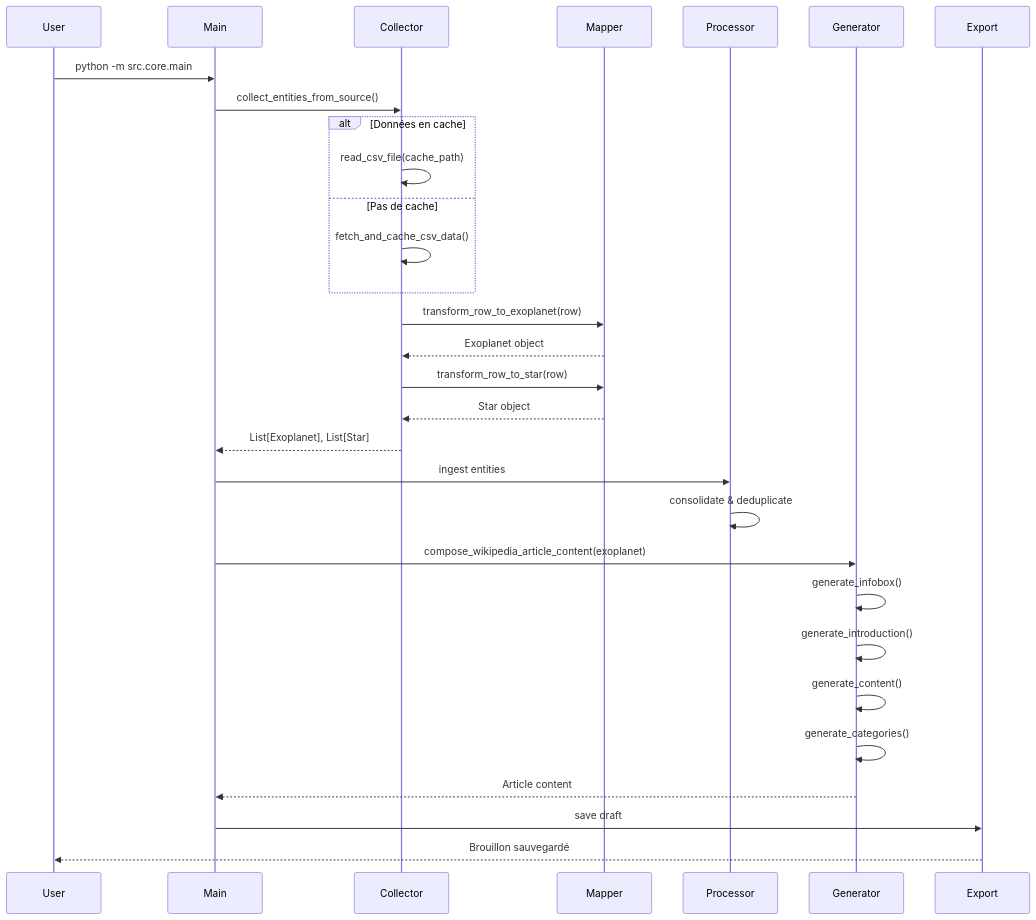
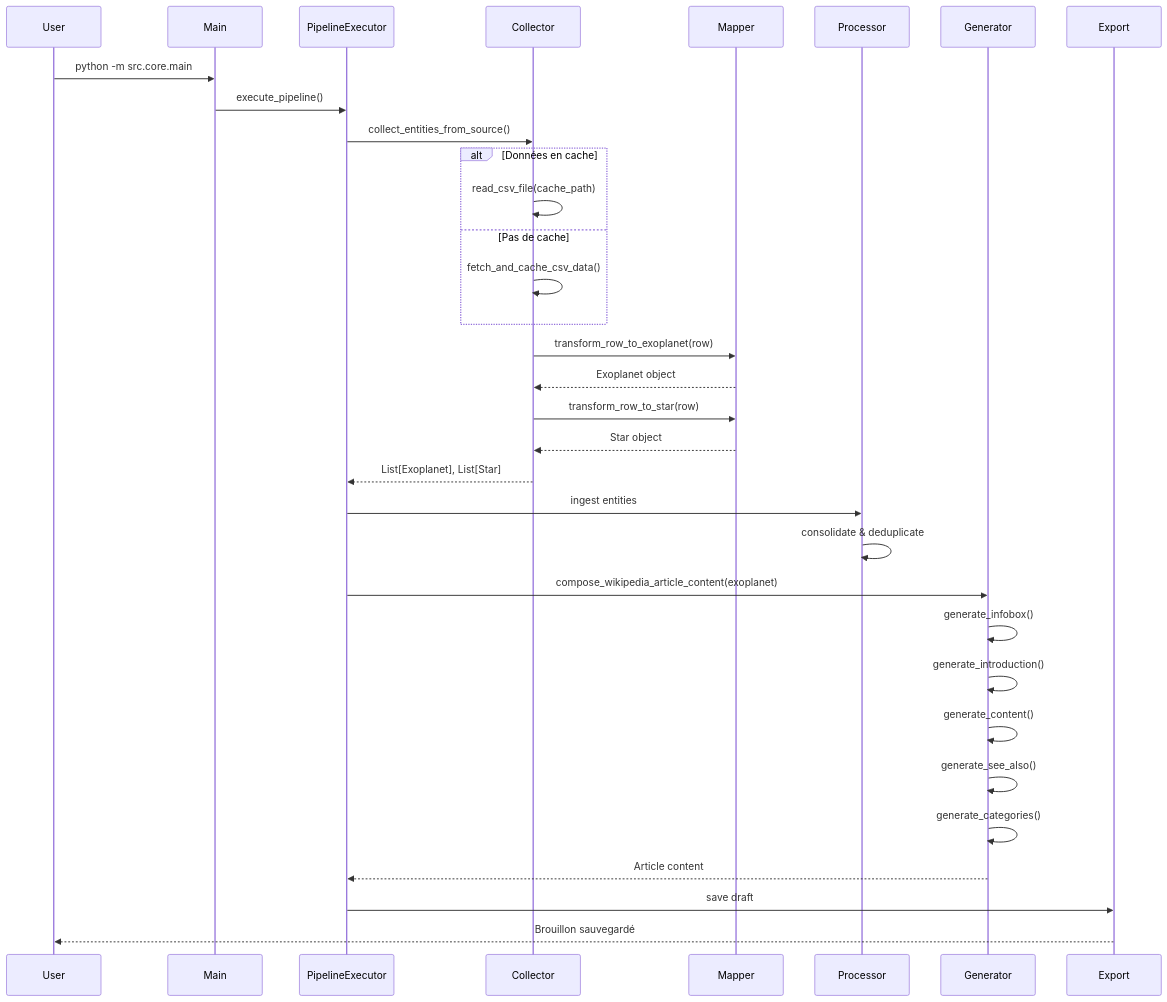
Before and after one commit to machichiotte/AstroWikiBuilder: the second of 3 diagrams in docs/ARCHITECTURE.md, drawn with Mermaid. The commit also changed other lines of this file, not shown here.

First line of the commit message:
docs: update ARCHITECTURE.md with recent changes

````diff
--- a/docs/ARCHITECTURE.md
+++ b/docs/ARCHITECTURE.md
@@ -173,39 +181,42 @@
 ```mermaid
 sequenceDiagram
     participant User
     participant Main
+    participant PipelineExecutor
     participant Collector
     participant Mapper
     participant Processor
     participant Generator
     participant Export
 
     User->>Main: python -m src.core.main
-    Main->>Collector: collect_entities_from_source()
+    Main->>PipelineExecutor: execute_pipeline()
+    PipelineExecutor->>Collector: collect_entities_from_source()
     
     alt Données en cache
         Collector->>Collector: read_csv_file(cache_path)
     else Pas de cache
         Collector->>Collector: fetch_and_cache_csv_data()
     end
     
     Collector->>Mapper: transform_row_to_exoplanet(row)
     Mapper-->>Collector: Exoplanet object
     Collector->>Mapper: transform_row_to_star(row)
     Mapper-->>Collector: Star object
     
-    Collector-->>Main: List[Exoplanet], List[Star]
+    Collector-->>PipelineExecutor: List[Exoplanet], List[Star]
     
-    Main->>Processor: ingest entities
+    PipelineExecutor->>Processor: ingest entities
     Processor->>Processor: consolidate & deduplicate
     
-    Main->>Generator: compose_wikipedia_article_content(exoplanet)
+    PipelineExecutor->>Generator: compose_wikipedia_article_content(exoplanet)
     Generator->>Generator: generate_infobox()
     Generator->>Generator: generate_introduction()
     Generator->>Generator: generate_content()
+    Generator->>Generator: generate_see_also()
     Generator->>Generator: generate_categories()
-    Generator-->>Main: Article content
+    Generator-->>PipelineExecutor: Article content
     
-    Main->>Export: save draft
+    PipelineExecutor->>Export: save draft
     Export-->>User: Brouillon sauvegardé
 ```
````
